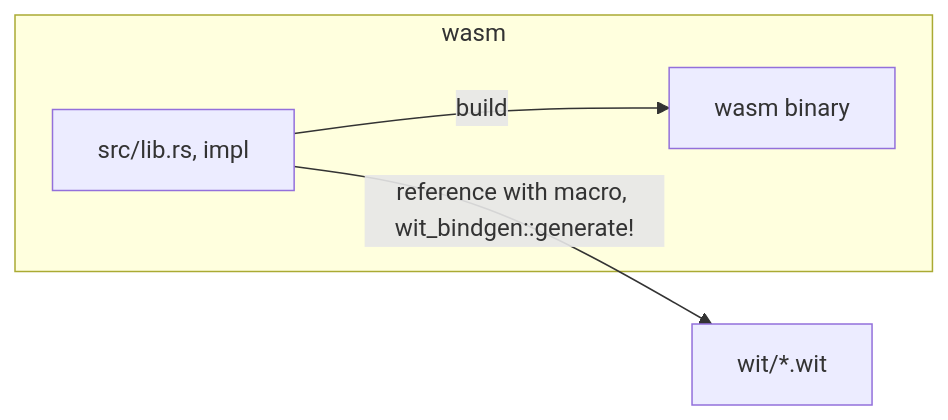
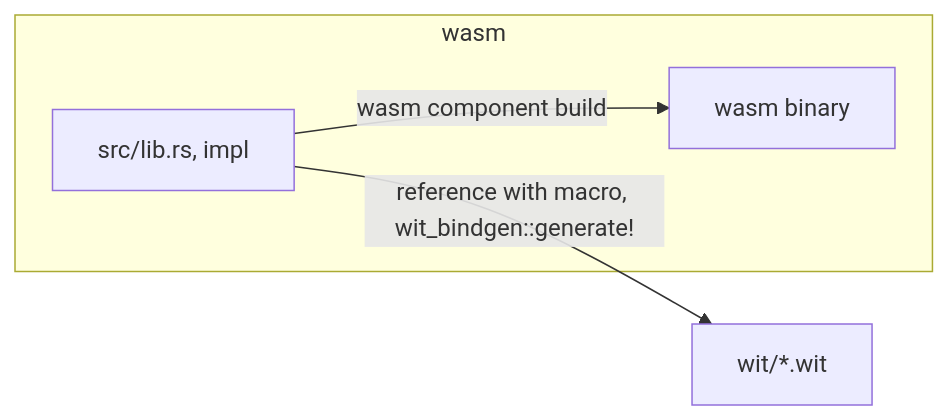
One commit to heya-naohiro/wasm-load-basecamp changed the diagram in README.md. Above: the diagram before and after it, drawn with Mermaid.

````diff
--- a/README.md
+++ b/README.md
@@ -78,9 +78,9 @@
 ```mermaid
 flowchart LR
 subgraph wasm
-WasmLib[src/lib.rs, impl] -->|build| Wasm[wasm binary]
+WasmLib[src/lib.rs, impl] -->|wasm component build| Wasm[wasm binary]
 end
 WasmLib[src/lib.rs, impl] -->|reference with macro, wit_bindgen::generate!| I[wit/*.wit]
  
 
 ```
````
